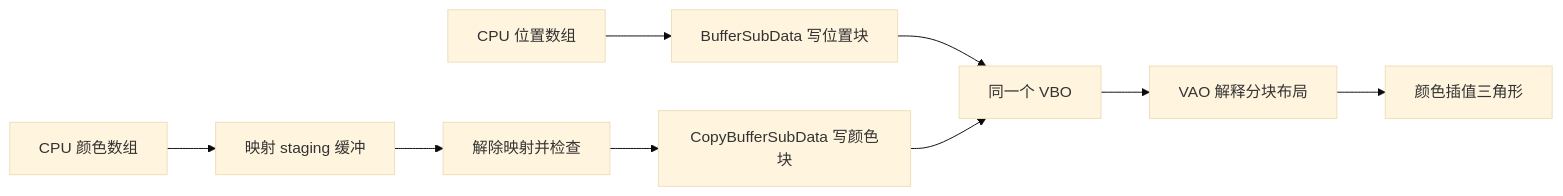
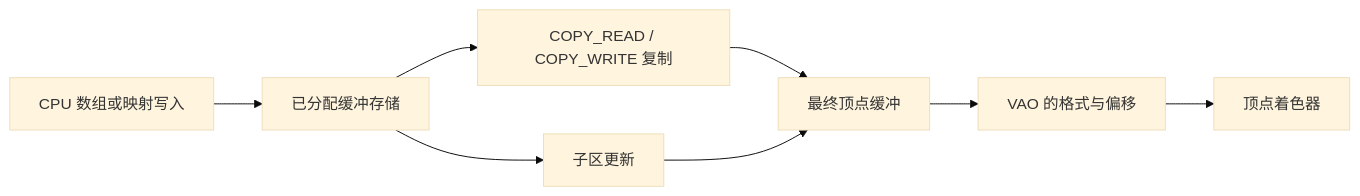
The diagram in docs/04_advanced_opengl/07_advanced_data.md (with-fair-wind/OpenGL), drawn with Mermaid (base theme) before and after one commit. The commit also changed other lines of this file and 107 other files, not shown here.

````diff
--- a/docs/04_advanced_opengl/07_advanced_data.md
+++ b/docs/04_advanced_opengl/07_advanced_data.md
@@ -14,11 +15,10 @@
 ```mermaid
 flowchart LR
-    A[CPU 位置数组] --> B[BufferSubData 写位置块]
-    C[CPU 颜色数组] --> D[映射 staging 缓冲]
-    D --> E[解除映射并检查]
-    E --> F[CopyBufferSubData 写颜色块]
-    B --> G[同一个 VBO]
-    F --> G
-    G --> H[VAO 解释分块布局]
-    H --> I[颜色插值三角形]
+    A[CPU 数组或映射写入] --> B[已分配缓冲存储]
+    B --> C[子区更新]
+    B --> D[COPY_READ / COPY_WRITE 复制]
+    D --> E[最终顶点缓冲]
+    C --> E
+    E --> F[VAO 的格式与偏移]
+    F --> G[顶点着色器]
 ```
````
